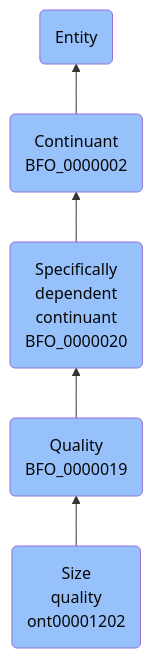
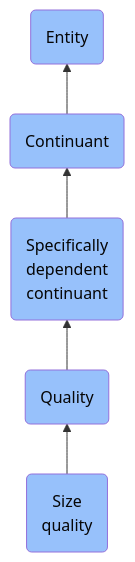
Before and after one commit to jupyter-naas/abi: the diagram in docs/ontology/reference/model/Entity/Continuant/Specifically dependent continuant/Quality/Size quality/Size quality.md, drawn with Mermaid. The commit also changed other lines of this file and 1430 other files, not shown here.

````diff
--- a/docs/ontology/reference/model/Entity/Continuant/Specifically dependent continuant/Quality/Size quality/Size quality.md
+++ b/docs/ontology/reference/model/Entity/Continuant/Specifically dependent continuant/Quality/Size quality/Size quality.md
@@ -24,12 +24,12 @@
 ```mermaid
 graph BT
-    ont00001202(Size<br>quality<br>ont00001202):::BFO-->BFO_0000019
-    BFO_0000019(Quality<br>BFO_0000019):::BFO-->BFO_0000020
-    BFO_0000020(Specifically<br>dependent<br>continuant<br>BFO_0000020):::BFO-->BFO_0000002
-    BFO_0000002(Continuant<br>BFO_0000002):::BFO-->BFO_0000001
+    ont00001202(Size<br>quality):::BFO-->BFO_0000019
+    BFO_0000019(Quality):::BFO-->BFO_0000020
+    BFO_0000020(Specifically<br>dependent<br>continuant):::BFO-->BFO_0000002
+    BFO_0000002(Continuant):::BFO-->BFO_0000001
     BFO_0000001(Entity):::BFO
     
     classDef BFO fill:#97c1fb,color:#060606
     classDef CCO fill:#e4c51e,color:#060606
     classDef ABI fill:#48DD82,color:#060606
 ```
````
